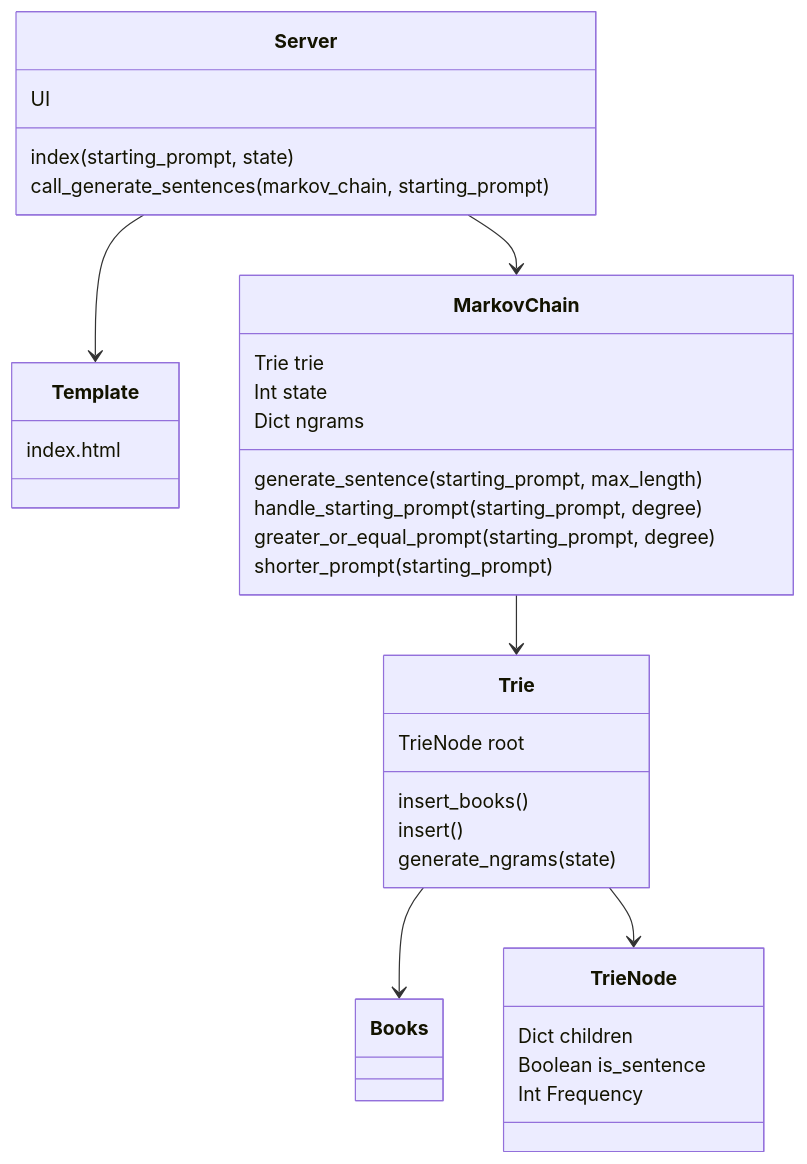
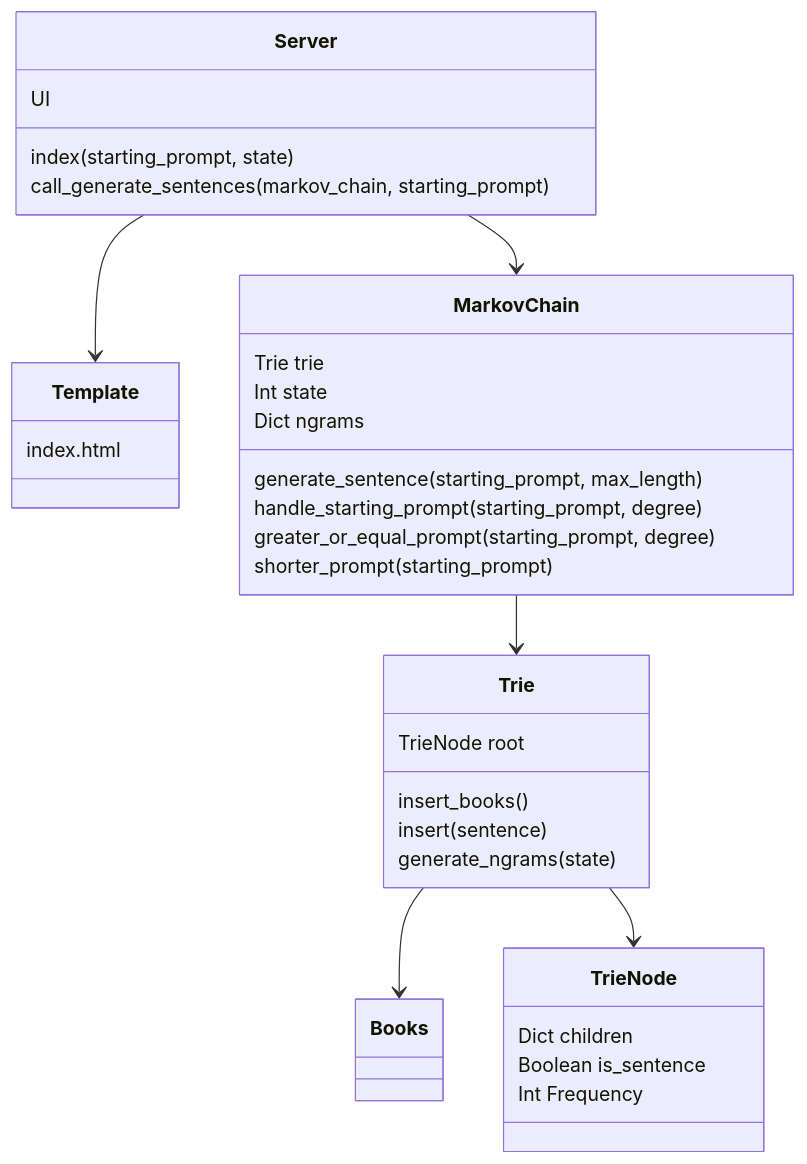
One commit to kodtld/Markov-s-Letters changed the diagram in documentation/implementation.md. Above: the diagram before and after it, drawn with Mermaid.

````diff
--- a/documentation/implementation.md
+++ b/documentation/implementation.md
@@ -5,38 +5,38 @@
 ```mermaid
 classDiagram
   Server-->Template
   Server-->MarkovChain
   MarkovChain-->Trie
   Trie-->Books
   Trie-->TrieNode
 
   class TrieNode
     TrieNode: Dict children
     TrieNode: Boolean is_sentence
     TrieNode: Int Frequency
     
   class Trie
     Trie: TrieNode root
     Trie: insert_books()
-    Trie: insert()
+    Trie: insert(sentence)
     Trie: generate_ngrams(state)
   
   class MarkovChain
     MarkovChain: Trie trie
     MarkovChain: Int state
     MarkovChain: Dict ngrams
     MarkovChain: generate_sentence(starting_prompt, max_length)
     MarkovChain: handle_starting_prompt(starting_prompt, degree)
     MarkovChain: greater_or_equal_prompt(starting_prompt, degree)
     MarkovChain: shorter_prompt(starting_prompt)
 
   class Books
 
   class Server
     Server: UI
     Server: index(starting_prompt, state)
     Server: call_generate_sentences(markov_chain, starting_prompt)
 
   class Template
     Template: index.html
   ```
````
